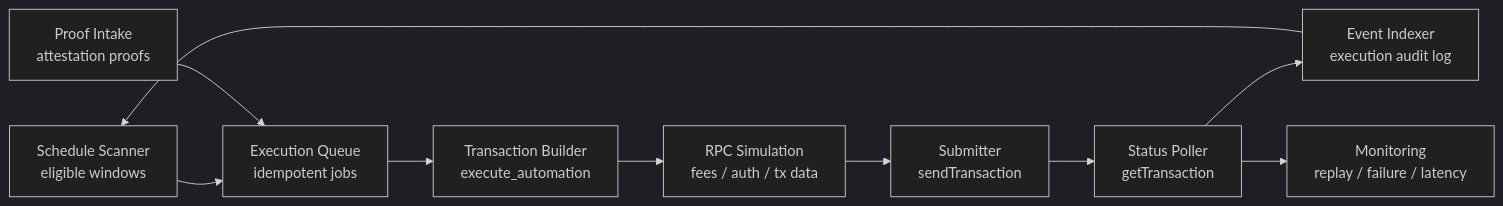
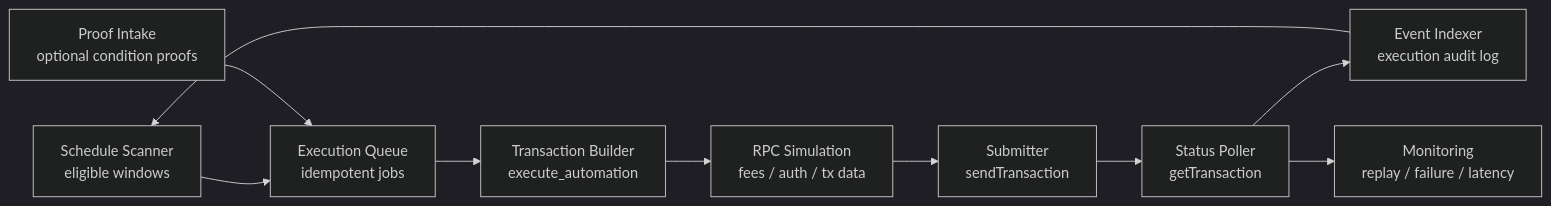
One commit to Frihat-dev/smart-wallet-stellar changed the eighth of 14 diagrams in docs/TECHNICAL_ARCHITECTURE.md. Above: the diagram before and after it, drawn with Mermaid (dark theme). The commit also changed other lines of this file, not shown here.

Commit message:
docs: align technical architecture with launch scope

````diff
--- a/docs/TECHNICAL_ARCHITECTURE.md
+++ b/docs/TECHNICAL_ARCHITECTURE.md
@@ -1173,22 +1158,22 @@
 ```mermaid
 flowchart LR
     Scheduler["Schedule Scanner<br/>eligible windows"]
-    Proofs["Proof Intake<br/>attestation proofs"]
+    Proofs["Proof Intake<br/>optional condition proofs"]
     Queue["Execution Queue<br/>idempotent jobs"]
     Builder["Transaction Builder<br/>execute_automation"]
     Sim["RPC Simulation<br/>fees / auth / tx data"]
     Submit["Submitter<br/>sendTransaction"]
     Poller["Status Poller<br/>getTransaction"]
     Index["Event Indexer<br/>execution audit log"]
     Alerts["Monitoring<br/>replay / failure / latency"]
 
     Scheduler --> Queue
     Proofs --> Queue
     Queue --> Builder
     Builder --> Sim
     Sim --> Submit
     Submit --> Poller
     Poller --> Index
     Poller --> Alerts
     Index --> Scheduler
 ```
````
